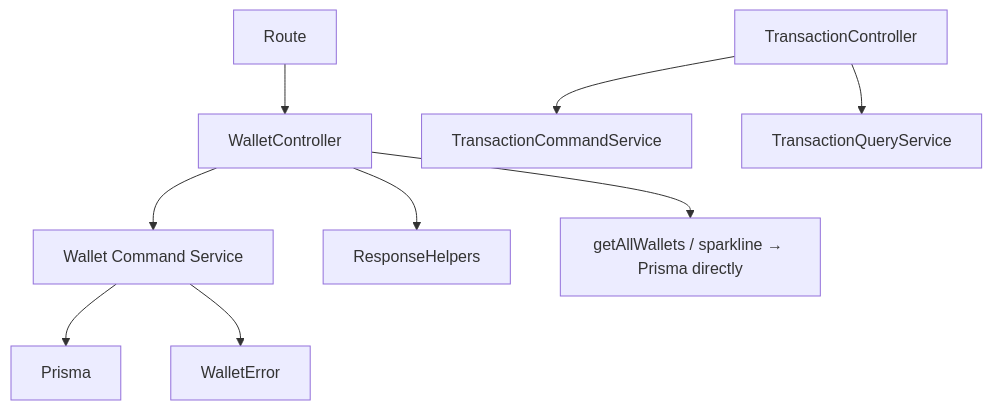
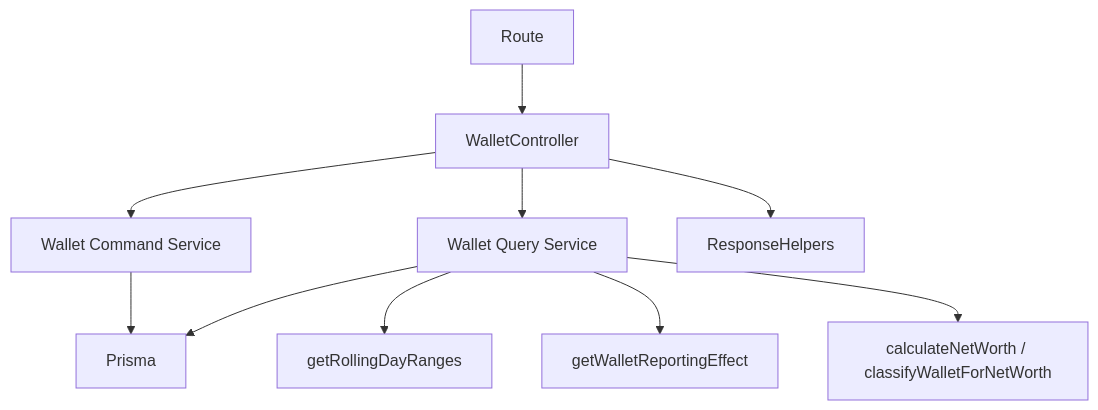
Before and after one commit to acuyaldi/pocket-mint-backend: the diagram in docs/architecture-wallet-service.md, drawn with Mermaid. The commit also changed other lines of this file, not shown here.

First line of the commit message:
docs: document wallet command-query boundaries

````diff
--- a/docs/architecture-wallet-service.md
+++ b/docs/architecture-wallet-service.md
@@ -13,12 +17,14 @@
 ```mermaid
 flowchart TD
     Route --> WalletController
     WalletController --> WalletCommandService[Wallet Command Service]
+    WalletController --> WalletQueryService[Wallet Query Service]
+
     WalletCommandService --> Prisma
-    WalletCommandService --> ApplicationErrors[WalletError]
+    WalletQueryService --> Prisma
+    WalletQueryService --> ReportingTime[getRollingDayRanges]
+    WalletQueryService --> ReportingEffect[getWalletReportingEffect]
+    WalletQueryService --> WalletClassification[calculateNetWorth / classifyWalletForNetWorth]
+
     WalletController --> ResponseHelpers
-    WalletController --> ReadPath[getAllWallets / sparkline → Prisma directly]
-
-    TransactionController --> TransactionCommandService
-    TransactionController --> TransactionQueryService
 ```
````
